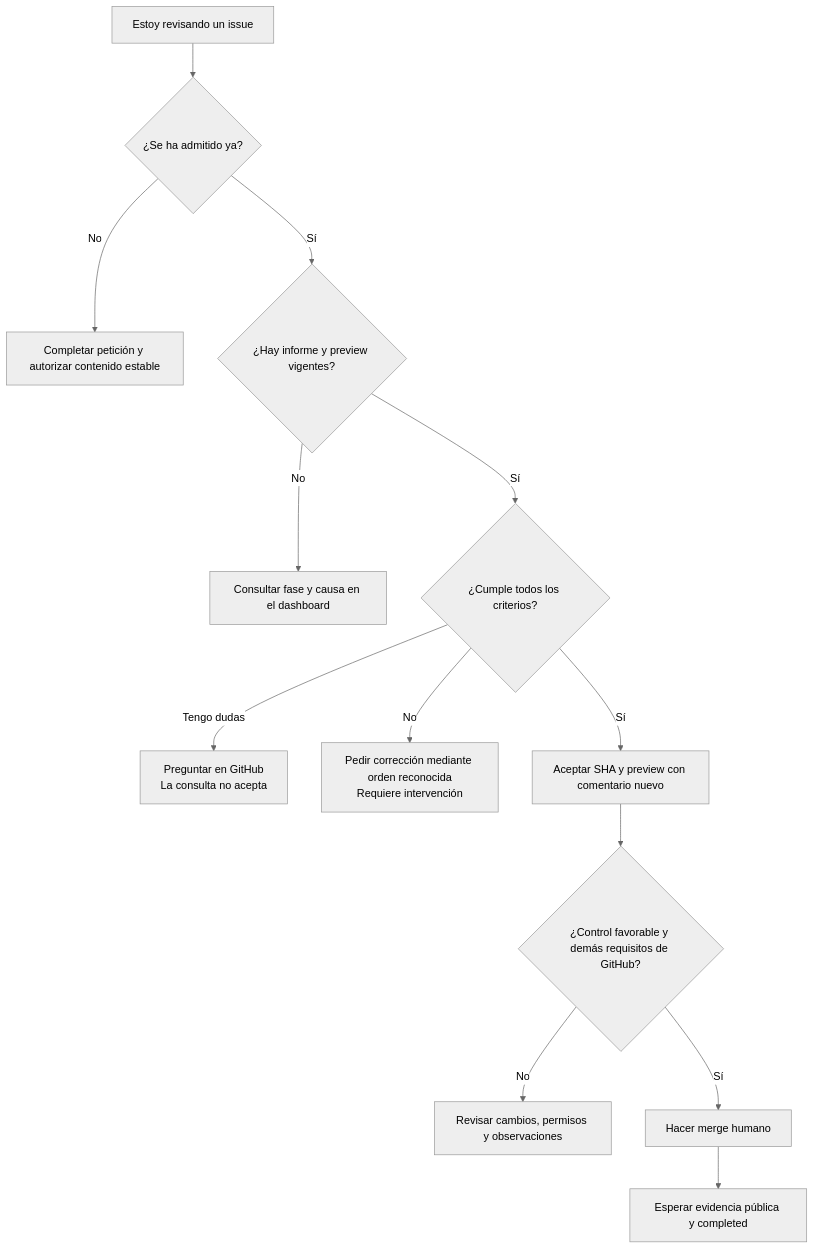
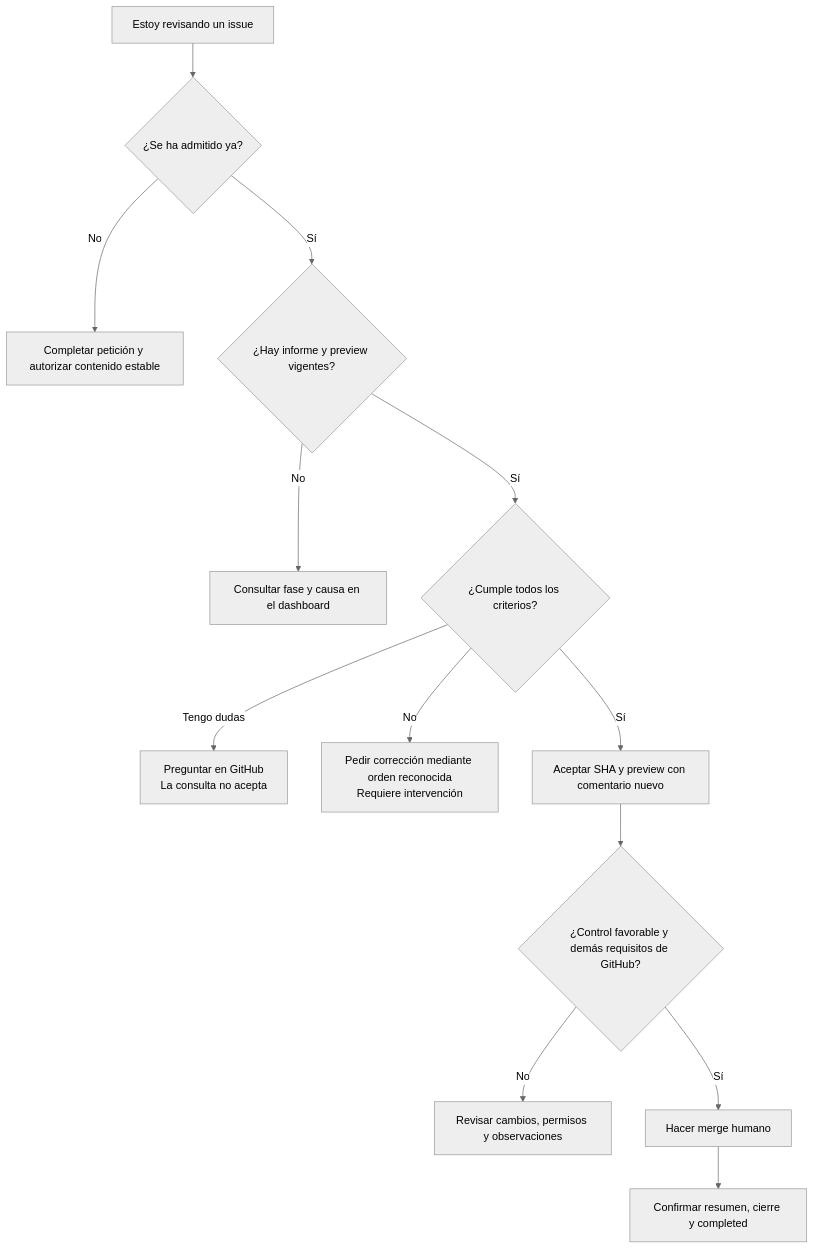
The diagram in docs/manual/06-guia-de-un-issue.md (rubenbp/app-foundry), drawn with Mermaid (neutral theme) before and after one commit. The commit also changed other lines of this file and 12 other files, not shown here.

Commit message:
docs: simplify issue authoring and MVP completion flow

````diff
--- a/docs/manual/06-guia-de-un-issue.md
+++ b/docs/manual/06-guia-de-un-issue.md
@@ -60,15 +30,15 @@
 ```mermaid
 flowchart TD
     R["Estoy revisando un issue"] --> A{"¿Se ha admitido ya?"}
     A -->|"No"| P["Completar petición y autorizar contenido estable"]
     A -->|"Sí"| C{"¿Hay informe y preview vigentes?"}
     C -->|"No"| E["Consultar fase y causa en el dashboard"]
     C -->|"Sí"| B{"¿Cumple todos los criterios?"}
     B -->|"Tengo dudas"| Q["Preguntar en GitHub<br/>La consulta no acepta"]
     B -->|"No"| X["Pedir corrección mediante orden reconocida<br/>Requiere intervención"]
     B -->|"Sí"| H["Aceptar SHA y preview con comentario nuevo"]
     H --> G{"¿Control favorable y demás requisitos de GitHub?"}
     G -->|"No"| V["Revisar cambios, permisos y observaciones"]
     G -->|"Sí"| M["Hacer merge humano"]
-    M --> F["Esperar evidencia pública y completed"]
+    M --> F["Confirmar resumen, cierre y completed"]
 ```
````
